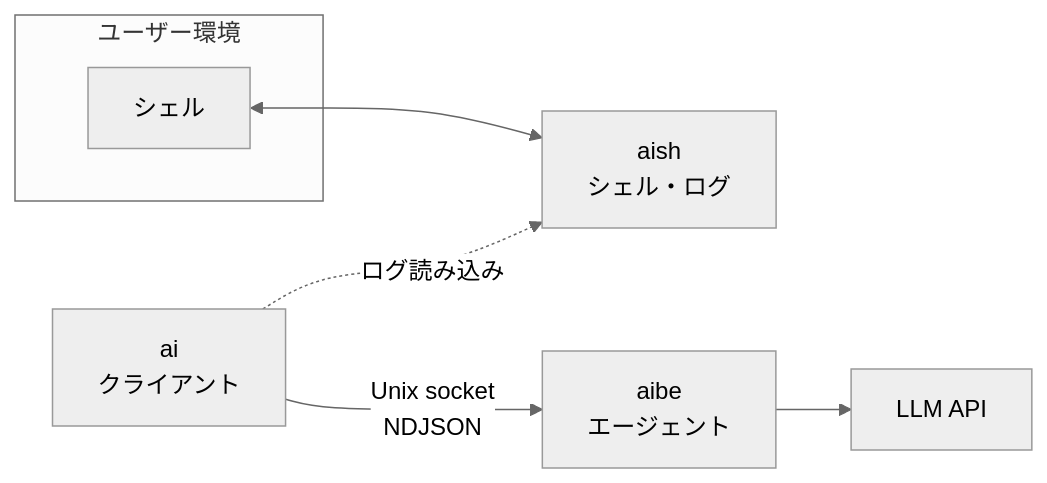
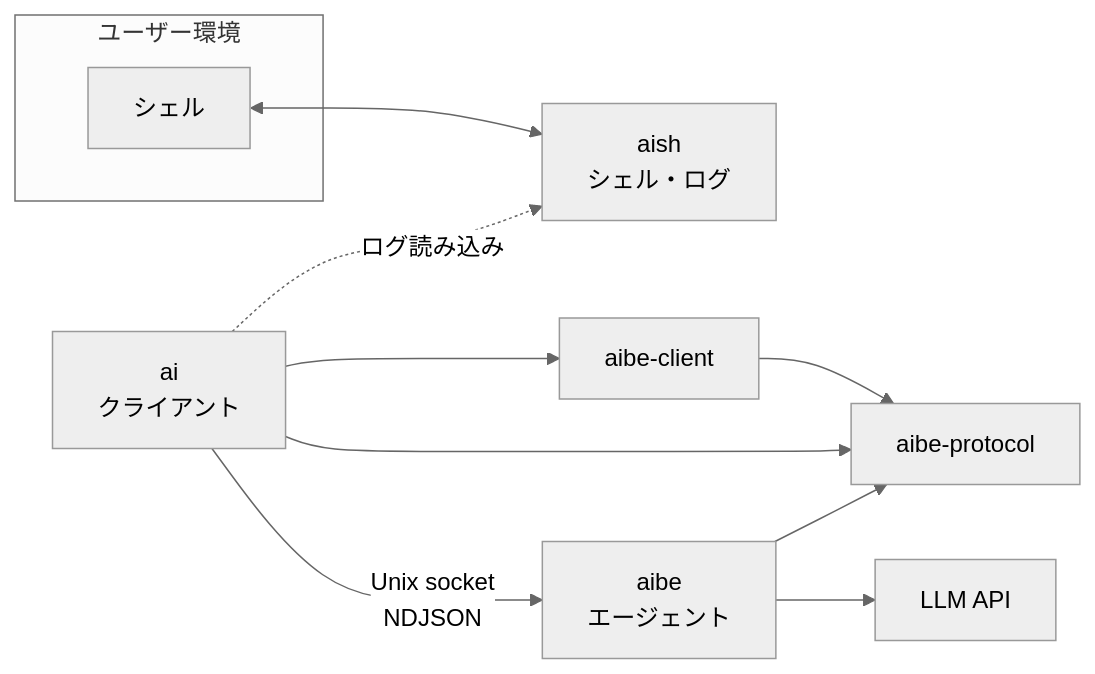
The diagram in README.md (lambda-code-gk/aish), drawn with Mermaid (neutral theme) before and after one commit. The commit also changed other lines of this file and 23 other files, not shown here.

````diff
--- a/README.md
+++ b/README.md
@@ -50,15 +53,21 @@
 ```mermaid
 flowchart LR
   subgraph userland [ユーザー環境]
     SH[シェル]
   end
   aish[aish\nシェル・ログ]
   ai[ai\nクライアント]
   aibe[aibe\nエージェント]
+  proto[aibe-protocol]
+  cl[aibe-client]
   LLM[LLM API]
 
   SH <--> aish
   ai -->|Unix socket\nNDJSON| aibe
+  ai --> proto
+  ai --> cl
+  cl --> proto
   ai -.->|ログ読み込み| aish
   aibe --> LLM
+  aibe --> proto
 ```
````
